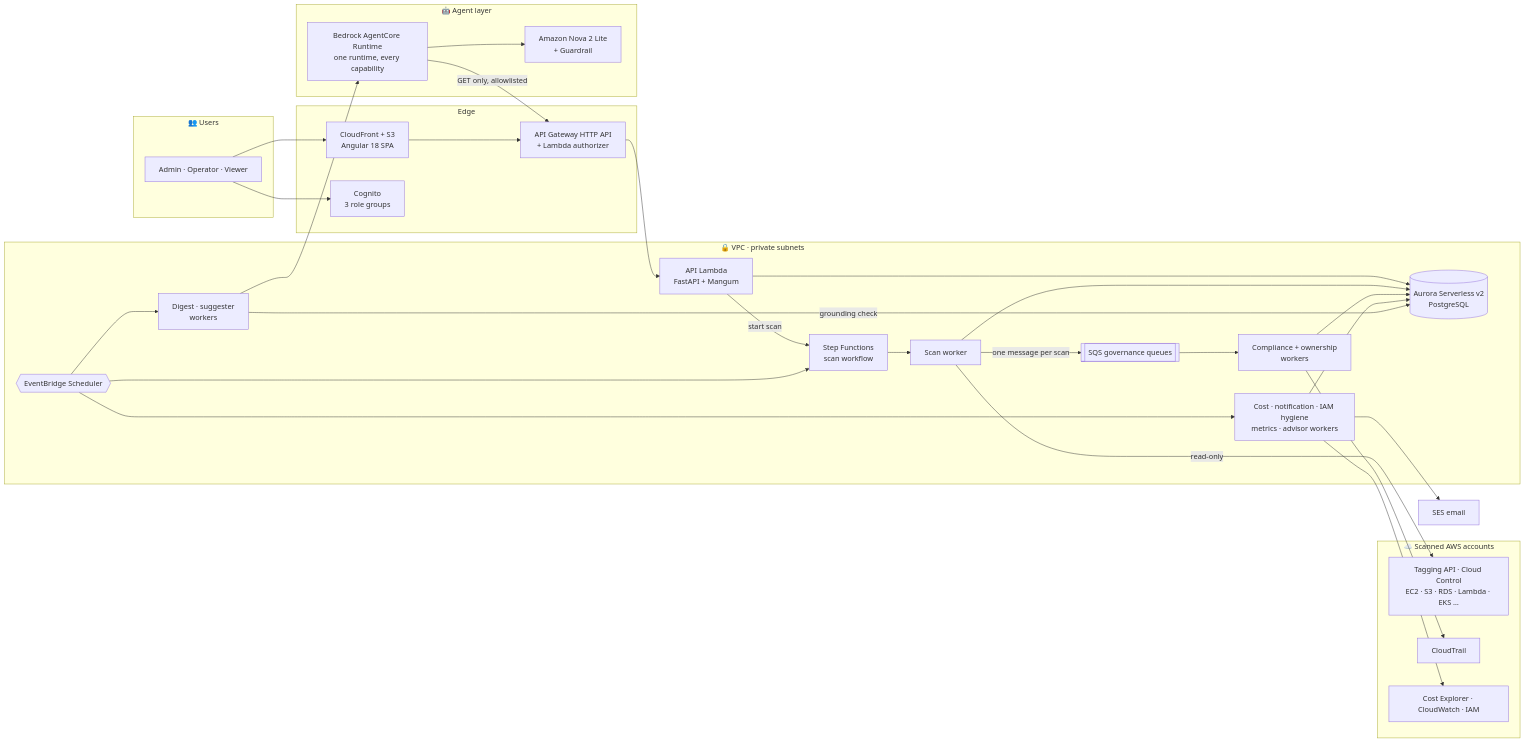
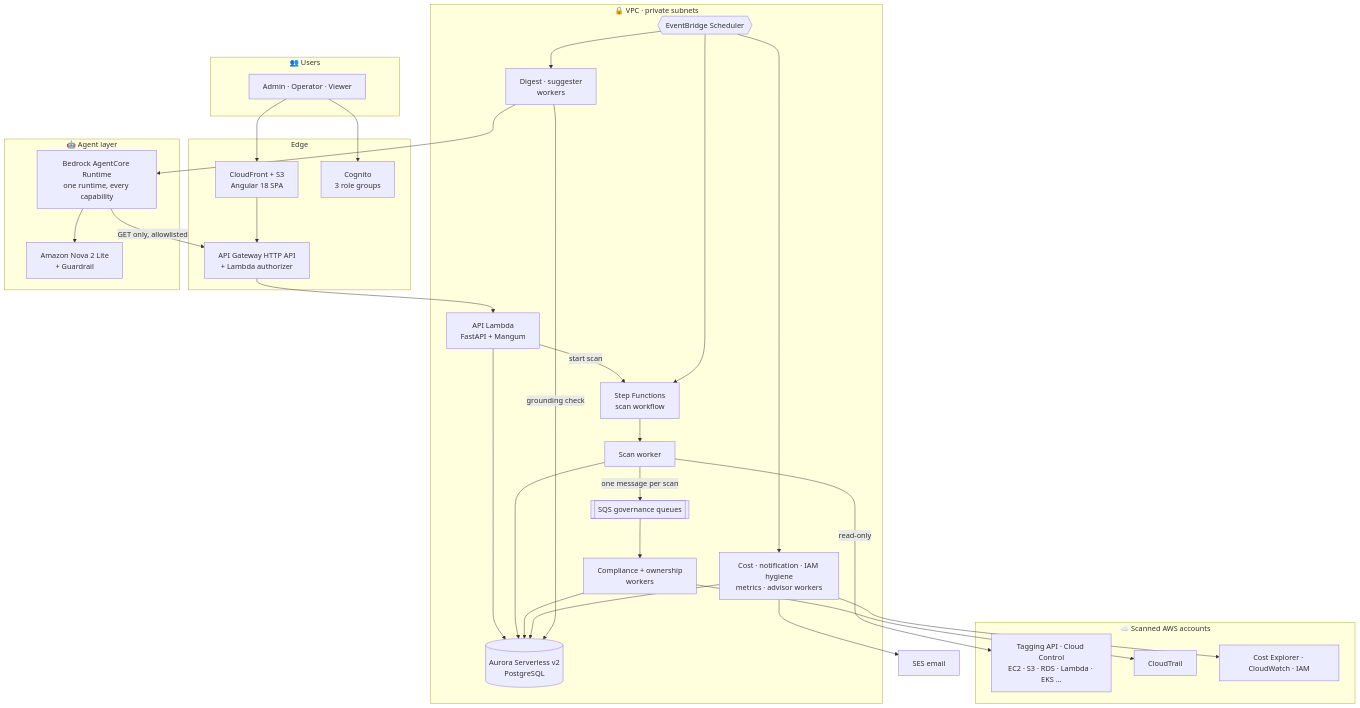
Before and after one commit to SumanKanrar-IEM/CloudPulse-AI: the first of 5 diagrams in README.md, drawn with Mermaid.

Commit message:
docs: lay the README architecture diagram out top-to-bottom for legibility (T147)

````diff
--- a/README.md
+++ b/README.md
@@ -108,54 +108,54 @@
 ```mermaid
-flowchart LR
+flowchart TB
     subgraph Users["👥 Users"]
         U[Admin · Operator · Viewer]
     end
 
     subgraph Edge["Edge"]
         CF[CloudFront + S3<br/>Angular 18 SPA]
         COG[Cognito<br/>3 role groups]
         APIGW[API Gateway HTTP API<br/>+ Lambda authorizer]
     end
 
     subgraph VPC["🔒 VPC · private subnets"]
         API[API Lambda<br/>FastAPI + Mangum]
         DB[(Aurora Serverless v2<br/>PostgreSQL)]
         SFN[Step Functions<br/>scan workflow]
         SW[Scan worker]
         Q[[SQS governance queues]]
         GW[Compliance + ownership<br/>workers]
         SCHED{{EventBridge Scheduler}}
         WK[Cost · notification · IAM hygiene<br/>metrics · advisor workers]
         AIW[Digest · suggester<br/>workers]
     end
 
     subgraph AI["🤖 Agent layer"]
         RT[Bedrock AgentCore Runtime<br/>one runtime, every capability]
         NOVA[Amazon Nova 2 Lite<br/>+ Guardrail]
     end
 
     subgraph Target["☁️ Scanned AWS accounts"]
         TA[Tagging API · Cloud Control<br/>EC2 · S3 · RDS · Lambda · EKS …]
         CT[CloudTrail]
         CE[Cost Explorer · CloudWatch · IAM]
     end
 
     SES[SES email]
 
     U --> CF
     U --> COG
     CF --> APIGW --> API --> DB
     API -->|start scan| SFN --> SW
     SW -->|read-only| TA
     SW --> DB
     SW -->|one message per scan| Q --> GW
     GW --> CT
     GW --> DB
     SCHED --> SFN
     SCHED --> WK --> CE
     WK --> DB
     WK --> SES
     SCHED --> AIW --> RT --> NOVA
     RT -->|GET only, allowlisted| APIGW
     AIW -->|grounding check| DB
 ```
````
